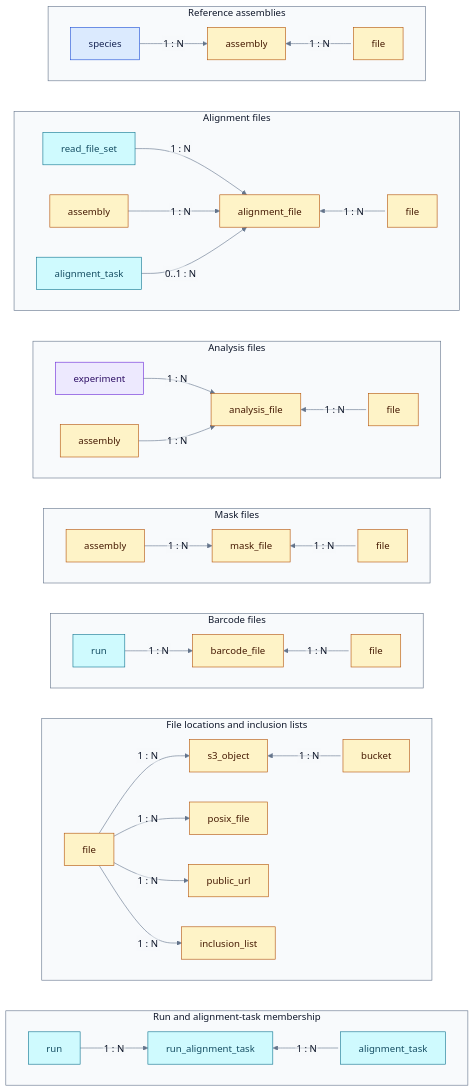
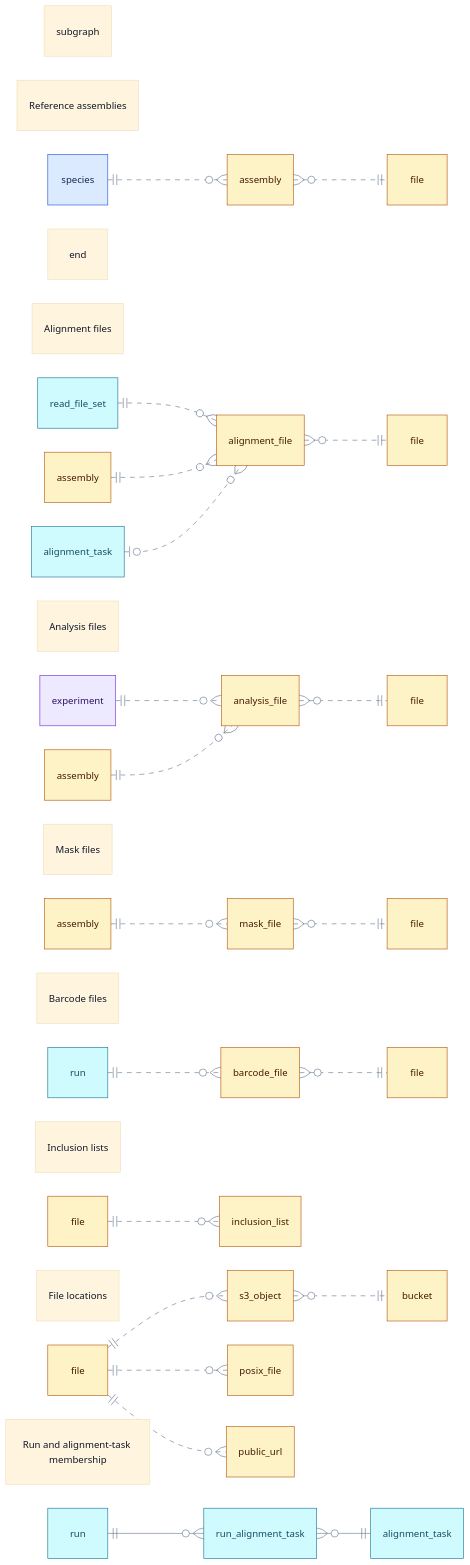
One commit to Ensembl/regulation-data-registry changed the fourth of 7 diagrams in README.md. Above: the diagram before and after it, drawn with Mermaid. The commit also changed other lines of this file, not shown here.

First line of the commit message:
Refine schema diagrams with native ER notation

````diff
--- a/README.md
+++ b/README.md
@@ -262,103 +314,105 @@
 ---
 config:
   theme: base
+  layout: dagre
+  er:
+    rankSpacing: 90
+    nodeSpacing: 40
   themeCSS: |
-    .edgeLabel rect { opacity: 1; }
+    .relationshipLabelBox, .relationshipLabelBox rect { opacity: 1; fill: #f8fafc; }
     .labelBkg { background-color: #f8fafc; }
   themeVariables:
     primaryTextColor: '#0f172a'
-    secondaryTextColor: '#0f172a'
-    tertiaryTextColor: '#0f172a'
     textColor: '#0f172a'
     lineColor: '#64748b'
     edgeLabelBackground: '#f8fafc'
     clusterBkg: '#f8fafc'
-    clusterBorder: '#64748b'
-    titleColor: '#0f172a'
-  flowchart:
-    htmlLabels: false
+    clusterBorder: '#94a3b8'
+    tertiaryColor: '#f8fafc'
+    tertiaryTextColor: '#0f172a'
 ---
-flowchart TB
-    subgraph reference["Reference assemblies"]
+erDiagram
+    direction LR
+    subgraph files_reference ["Reference assemblies"]
         direction LR
+        reference_left_0["species"]
         reference_assembly["assembly"]
-        reference_left_0["species"]
         reference_right_0["file"]
-        reference_left_0 -->|"1 : N"| reference_assembly
-        reference_assembly <-->|"1 : N"| reference_right_0
+        reference_left_0 ||..o{ reference_assembly : ""
+        reference_assembly }o..|| reference_right_0 : ""
     end
 
-    subgraph aligned["Alignment files"]
+    subgraph files_alignment ["Alignment files"]
         direction LR
-        aligned_alignment_file["alignment_file"]
         aligned_left_0["read_file_set"]
         aligned_left_1["assembly"]
         aligned_left_2["alignment_task"]
+        aligned_alignment_file["alignment_file"]
         aligned_right_0["file"]
-        aligned_left_0 -->|"1 : N"| aligned_alignment_file
-        aligned_left_1 -->|"1 : N"| aligned_alignment_file
-        aligned_left_2 -->|"0..1 : N"| aligned_alignment_file
-        aligned_alignment_file <-->|"1 : N"| aligned_right_0
+        aligned_left_0 ||..o{ aligned_alignment_file : ""
+        aligned_left_1 ||..o{ aligned_alignment_file : ""
+        aligned_left_2 |o..o{ aligned_alignment_file : ""
+        aligned_alignment_file }o..|| aligned_right_0 : ""
     end
 
-    subgraph analysis["Analysis files"]
+    subgraph files_analysis ["Analysis files"]
         direction LR
-        analysis_analysis_file["analysis_file"]
         analysis_left_0["experiment"]
         analysis_left_1["assembly"]
+        analysis_analysis_file["analysis_file"]
         analysis_right_0["file"]
-        analysis_left_0 -->|"1 : N"| analysis_analysis_file
-        analysis_left_1 -->|"1 : N"| analysis_analysis_file
-        analysis_analysis_file <-->|"1 : N"| analysis_right_0
+        analysis_left_0 ||..o{ analysis_analysis_file : ""
+        analysis_left_1 ||..o{ analysis_analysis_file : ""
+        analysis_analysis_file }o..|| analysis_right_0 : ""
     end
 
-    subgraph masks["Mask files"]
+    subgraph files_masks ["Mask files"]
         direction LR
+        masks_left_0["assembly"]
         masks_mask_file["mask_file"]
-        masks_left_0["assembly"]
         masks_right_0["file"]
-        masks_left_0 -->|"1 : N"| masks_mask_file
-        masks_mask_file <-->|"1 : N"| masks_right_0
+        masks_left_0 ||..o{ masks_mask_file : ""
+        masks_mask_file }o..|| masks_right_0 : ""
     end
 
-    subgraph barcodes["Barcode files"]
+    subgraph files_barcodes ["Barcode files"]
         direction LR
+        barcodes_left_0["run"]
         barcodes_barcode_file["barcode_file"]
-        barcodes_left_0["run"]
         barcodes_right_0["file"]
-        barcodes_left_0 -->|"1 : N"| barcodes_barcode_file
-        barcodes_barcode_file <-->|"1 : N"| barcodes_right_0
+        barcodes_left_0 ||..o{ barcodes_barcode_file : ""
+        barcodes_barcode_file }o..|| barcodes_right_0 : ""
     end
 
-    subgraph storage["File locations and inclusion lists"]
+    subgraph files_inclusion ["Inclusion lists"]
+        direction LR
+        inclusion_file["file"]
+        inclusion_list["inclusion_list"]
+        inclusion_file ||..o{ inclusion_list : ""
+    end
+
+    subgraph files_storage ["File locations"]
         direction LR
         storage_file["file"]
         storage_s3["s3_object"]
         storage_bucket["bucket"]
         storage_posix["posix_file"]
         storage_url["public_url"]
-        storage_inclusion["inclusion_list"]
-        storage_file -->|"1 : N"| storage_s3
-        storage_s3 <-->|"1 : N"| storage_bucket
-        storage_file -->|"1 : N"| storage_posix
-        storage_file -->|"1 : N"| storage_url
-        storage_file -->|"1 : N"| storage_inclusion
+        storage_file ||..o{ storage_s3 : ""
+        storage_s3 }o..|| storage_bucket : ""
+        storage_file ||..o{ storage_posix : ""
+        storage_file ||..o{ storage_url : ""
     end
 
-    subgraph tasks["Run and alignment-task membership"]
+    subgraph files_tasks ["Run and alignment-task membership"]
         direction LR
+        tasks_left_0["run"]
         tasks_run_alignment_task["run_alignment_task"]
-        tasks_left_0["run"]
         tasks_right_0["alignment_task"]
-        tasks_left_0 -->|"1 : N"| tasks_run_alignment_task
-        tasks_run_alignment_task <-->|"1 : N"| tasks_right_0
+        tasks_left_0 ||--o{ tasks_run_alignment_task : ""
+        tasks_run_alignment_task }o--|| tasks_right_0 : ""
     end
 
-    %% Right-hand parents point back into the central table.
-    linkStyle 1,5,8,10,12,14,19 marker-end:none
-
-    %% Layout-only links stack the groups vertically.
-    reference ~~~ aligned ~~~ analysis ~~~ masks ~~~ barcodes ~~~ storage ~~~ tasks
 
     classDef context fill:#dbeafe,stroke:#1d4ed8,color:#172554
     class reference_left_0 context
@@ -367,5 +421,5 @@
     classDef sequencing fill:#cffafe,stroke:#0e7490,color:#164e63
     class aligned_left_0,aligned_left_2,barcodes_left_0,tasks_run_alignment_task,tasks_left_0,tasks_right_0 sequencing
     classDef resources fill:#fef3c7,stroke:#b45309,color:#451a03
-    class reference_assembly,reference_right_0,aligned_alignment_file,aligned_left_1,aligned_right_0,analysis_analysis_file,analysis_left_1,analysis_right_0,masks_mask_file,masks_left_0,masks_right_0,barcodes_barcode_file,barcodes_right_0,storage_file,storage_s3,storage_bucket,storage_posix,storage_url,storage_inclusion resources
+    class reference_assembly,reference_right_0,aligned_alignment_file,aligned_left_1,aligned_right_0,analysis_analysis_file,analysis_left_1,analysis_right_0,masks_mask_file,masks_left_0,masks_right_0,barcodes_barcode_file,barcodes_right_0,inclusion_file,inclusion_list,storage_file,storage_s3,storage_bucket,storage_posix,storage_url resources
 ```
````
